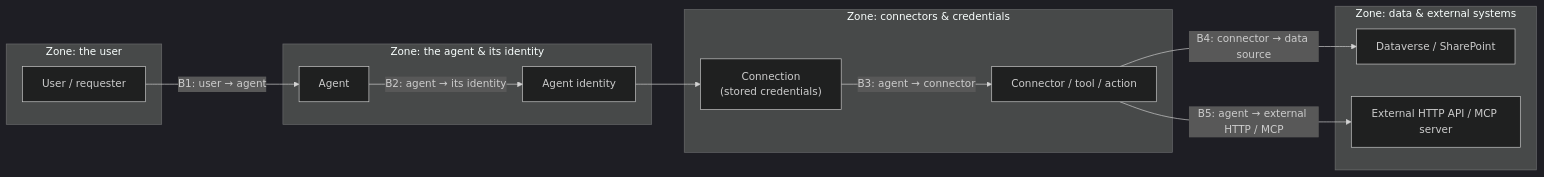
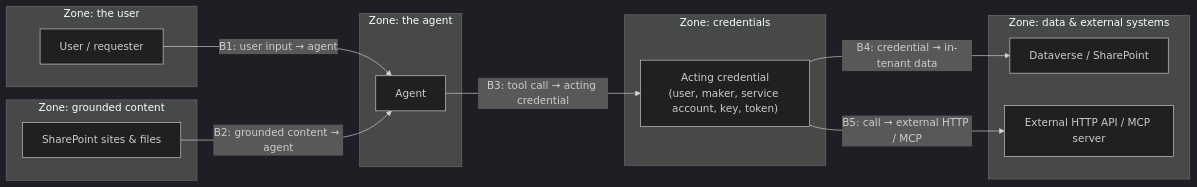
Before and after one commit to solliancenet/copilot-studio-shadow-agents-workshop: the diagram in docs/01_the_agent_estate/01_03.md, drawn with Mermaid (dark theme). The commit also changed other lines of this file and 4 other files, not shown here.

Commit message:
Exercise 01: separate the agent's identity from each tool call's credential; grounding gets its own boundary

````diff
--- a/docs/01_the_agent_estate/01_03.md
+++ b/docs/01_the_agent_estate/01_03.md
@@ -27,25 +27,25 @@
 ```mermaid
 flowchart LR
   subgraph Z1["Zone: the user"]
     U["User / requester"]
   end
-  subgraph Z2["Zone: the agent &amp; its identity"]
+  subgraph Z0["Zone: grounded content"]
+    G["SharePoint sites &amp; files"]
+  end
+  subgraph Z2["Zone: the agent"]
     A["Agent"]
-    ID["Agent identity"]
   end
-  subgraph Z3["Zone: connectors &amp; credentials"]
-    CX["Connection<br/>(stored credentials)"]
-    T["Connector / tool / action"]
+  subgraph Z3["Zone: credentials"]
+    CR["Acting credential<br/>(user, maker, service account, key, token)"]
   end
   subgraph Z4["Zone: data &amp; external systems"]
     D["Dataverse / SharePoint"]
     X["External HTTP API / MCP server"]
   end
 
-  U -->|"B1: user → agent"| A
-  A -->|"B2: agent → its identity"| ID
-  ID --> CX
-  CX -->|"B3: agent → connector"| T
-  T -->|"B4: connector → data source"| D
-  T -->|"B5: agent → external HTTP / MCP"| X
+  U -->|"B1: user input → agent"| A
+  G -->|"B2: grounded content → agent"| A
+  A -->|"B3: tool call → acting credential"| CR
+  CR -->|"B4: credential → in-tenant data"| D
+  CR -->|"B5: call → external HTTP / MCP"| X
 ```
````
